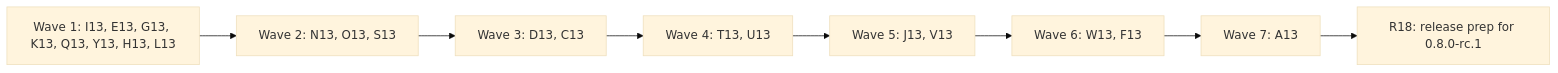
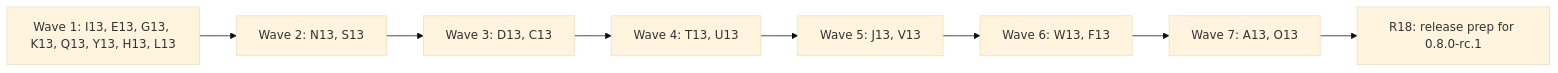
One commit to alfhen/tagreeve changed the diagram in docs/plan-0.8.0.md. Above: the diagram before and after it, drawn with Mermaid (base theme). The commit also changed other lines of this file, not shown here.

````diff
--- a/docs/plan-0.8.0.md
+++ b/docs/plan-0.8.0.md
@@ -94,10 +94,10 @@
 ```mermaid
 flowchart LR
-  W1["Wave 1: I13, E13, G13, K13, Q13, Y13, H13, L13"] --> W2["Wave 2: N13, O13, S13"]
+  W1["Wave 1: I13, E13, G13, K13, Q13, Y13, H13, L13"] --> W2["Wave 2: N13, S13"]
   W2 --> W3["Wave 3: D13, C13"]
   W3 --> W4["Wave 4: T13, U13"]
   W4 --> W5["Wave 5: J13, V13"]
   W5 --> W6["Wave 6: W13, F13"]
-  W6 --> W7["Wave 7: A13"]
+  W6 --> W7["Wave 7: A13, O13"]
   W7 --> R["R18: release prep for 0.8.0-rc.1"]
 ```
````
